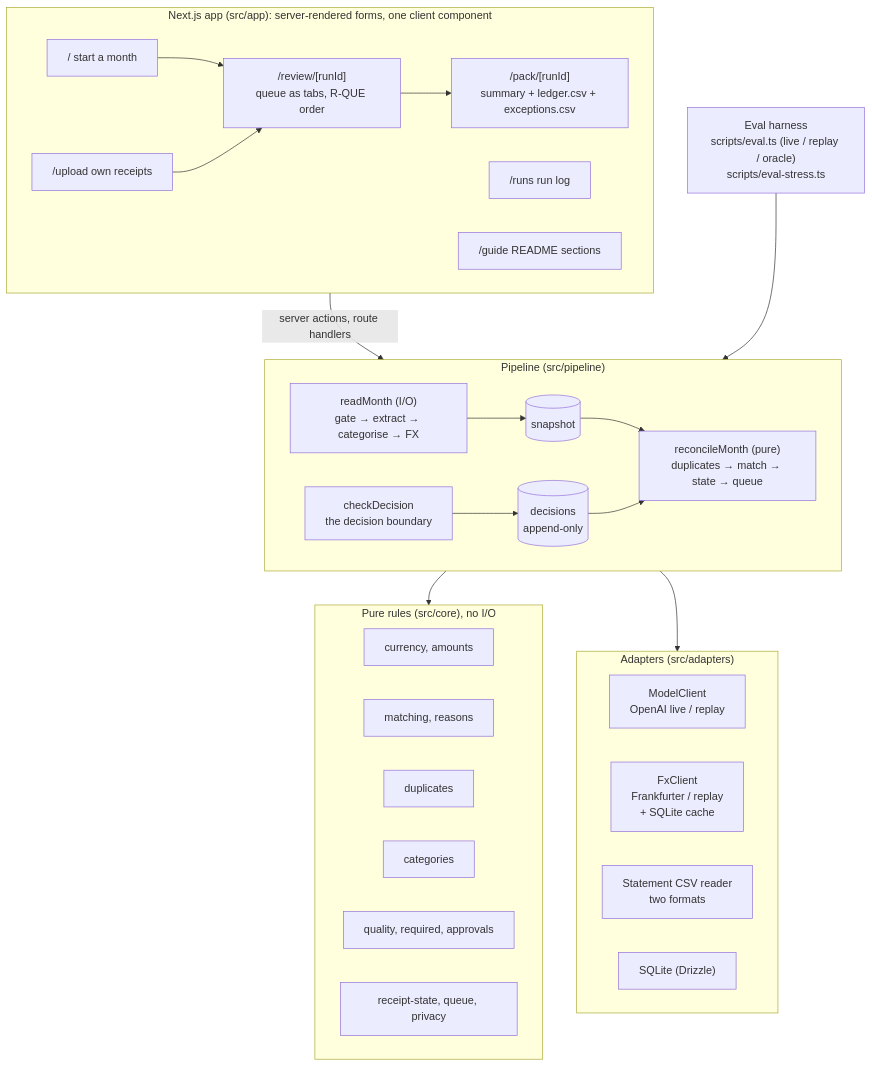
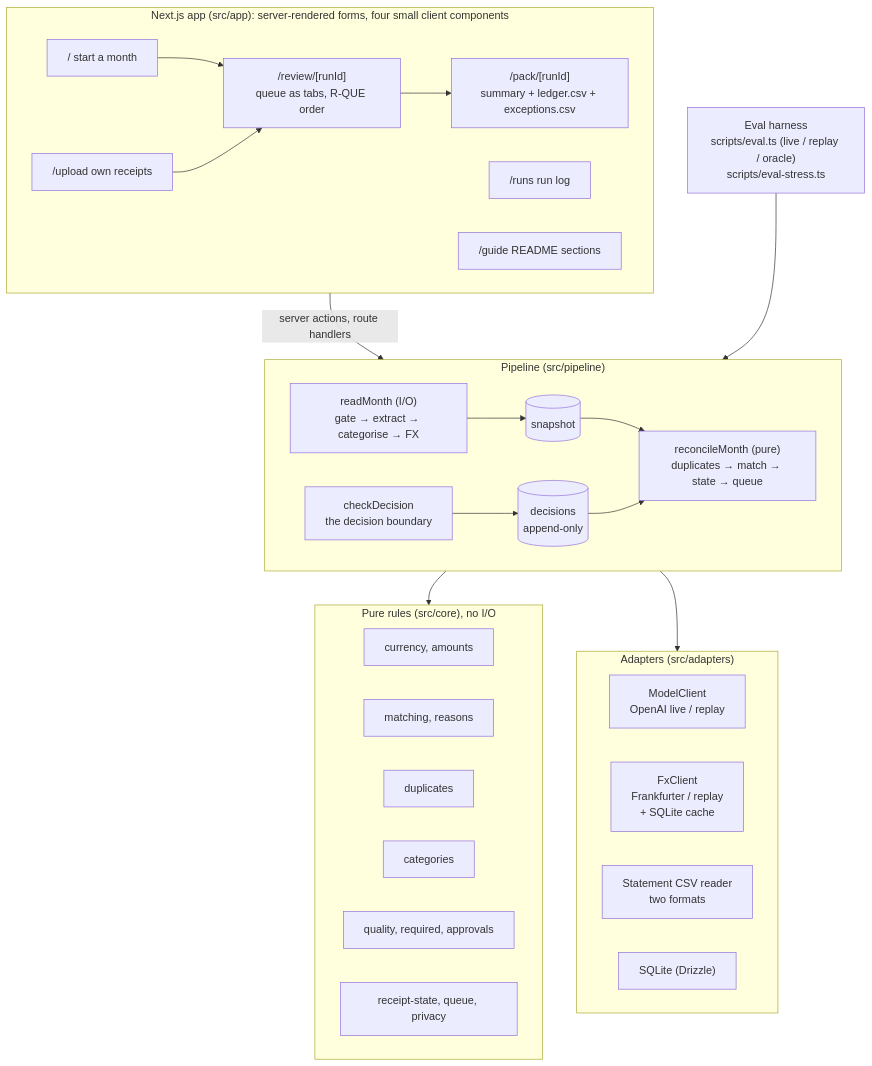
The diagram in docs/ARCHITECTURE.md (sicefguroni/receipt-reconciliation), drawn with Mermaid before and after one commit. The commit also changed other lines of this file and 17 other files, not shown here.

````diff
--- a/docs/ARCHITECTURE.md
+++ b/docs/ARCHITECTURE.md
@@ -13,34 +13,34 @@
 ```mermaid
 flowchart TB
-  subgraph UI["Next.js app (src/app): server-rendered forms, one client component"]
+  subgraph UI["Next.js app (src/app): server-rendered forms, four small client components"]
     U0["/  start a month"] --> U2["/review/[runId]<br/>queue as tabs, R-QUE order"] --> U3["/pack/[runId]<br/>summary + ledger.csv + exceptions.csv"]
     U1["/upload  own receipts"] --> U2
     U4["/runs  run log"]
     U5["/guide  README sections"]
   end
   subgraph PIPE["Pipeline (src/pipeline)"]
     direction LR
     R1["readMonth (I/O)<br/>gate → extract → categorise → FX"] --> S[("snapshot")]
     S --> R2["reconcileMonth (pure)<br/>duplicates → match → state → queue"]
     D[("decisions<br/>append-only")] --> R2
     DC["checkDecision<br/>the decision boundary"] --> D
   end
   subgraph CORE["Pure rules (src/core), no I/O"]
     C1[currency, amounts]
     C2[matching, reasons]
     C3[duplicates]
     C4[categories]
     C5[quality, required, approvals]
     C6[receipt-state, queue, privacy]
   end
   subgraph AD["Adapters (src/adapters)"]
     A1["ModelClient<br/>OpenAI live / replay"]
     A2["FxClient<br/>Frankfurter / replay<br/>+ SQLite cache"]
     A3["Statement CSV reader<br/>two formats"]
     A4["SQLite (Drizzle)"]
   end
   UI -->|server actions, route handlers| PIPE
   PIPE --> CORE
   PIPE --> AD
   EVAL["Eval harness<br/>scripts/eval.ts (live / replay / oracle)<br/>scripts/eval-stress.ts"] --> PIPE
 ```
````
